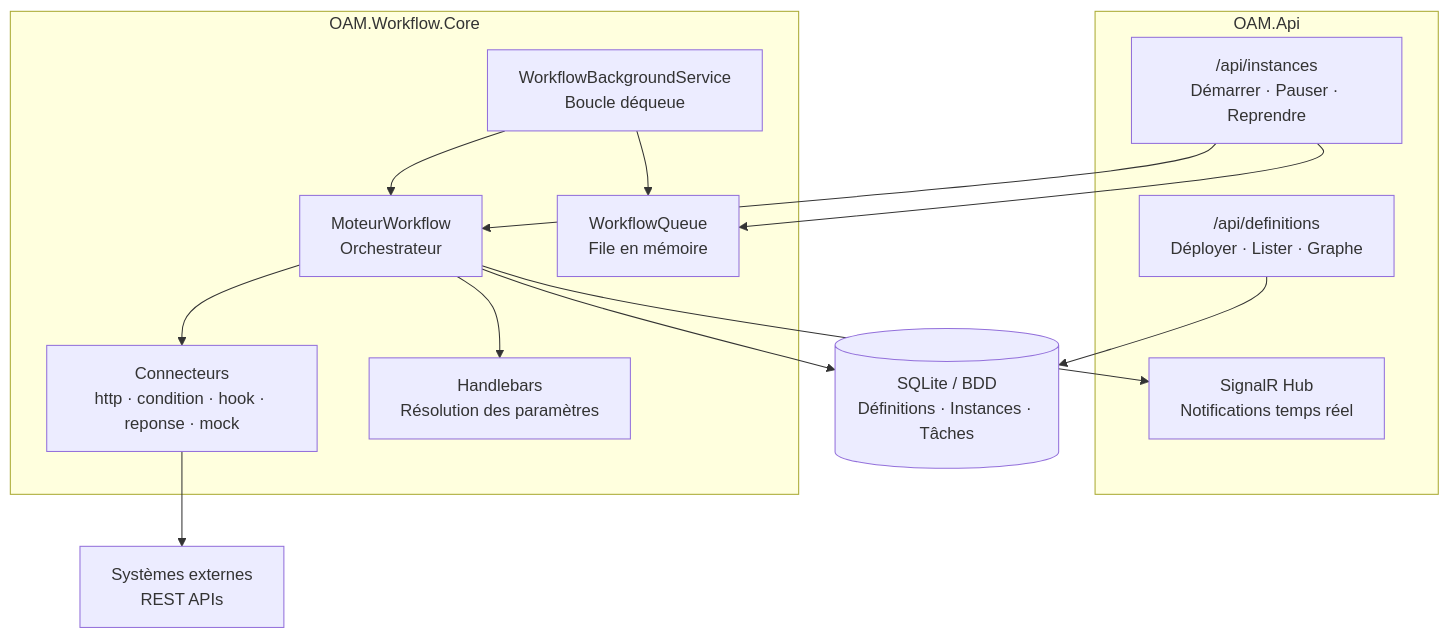
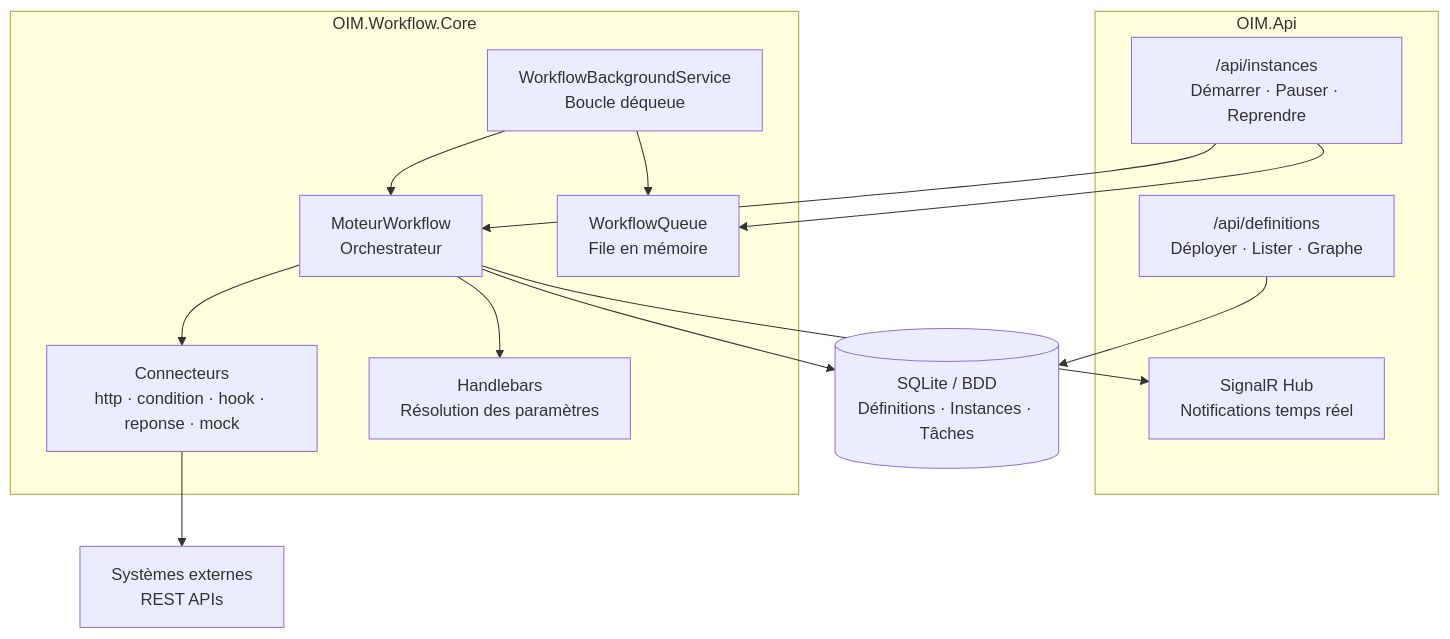
Before and after one commit to anisite/OAM: the third of 3 diagrams in Documentation/Conception/utilisation.md, drawn with Mermaid. The commit also changed other lines of this file and 183 other files, not shown here.

````diff
--- a/Documentation/Conception/utilisation.md
+++ b/Documentation/Conception/utilisation.md
@@ -103,30 +103,30 @@
 ```mermaid
 graph TD
-    subgraph API["OAM.Api"]
+    subgraph API["OIM.Api"]
         DEF["/api/definitions<br/>Déployer · Lister · Graphe"]
         INST["/api/instances<br/>Démarrer · Pauser · Reprendre"]
         HUB["SignalR Hub<br/>Notifications temps réel"]
     end
 
-    subgraph CORE["OAM.Workflow.Core"]
+    subgraph CORE["OIM.Workflow.Core"]
         MOTEUR["MoteurWorkflow<br/>Orchestrateur"]
         QUEUE["WorkflowQueue<br/>File en mémoire"]
         BG["WorkflowBackgroundService<br/>Boucle déqueue"]
         CONN["Connecteurs<br/>http · condition · hook · reponse · mock"]
         HB["Handlebars<br/>Résolution des paramètres"]
     end
 
     DB[("SQLite / BDD<br/>Définitions · Instances · Tâches")]
     EXT["Systèmes externes<br/>REST APIs"]
 
     DEF --> DB
     INST --> QUEUE
     INST --> MOTEUR
     BG --> QUEUE
     BG --> MOTEUR
     MOTEUR --> CONN
     MOTEUR --> HB
     MOTEUR --> DB
     MOTEUR --> HUB
     CONN --> EXT
 ```
````
